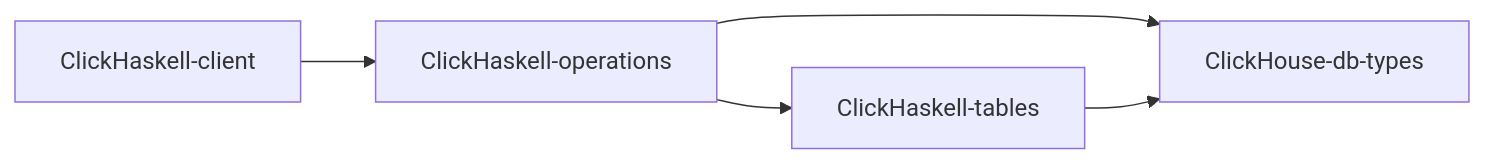
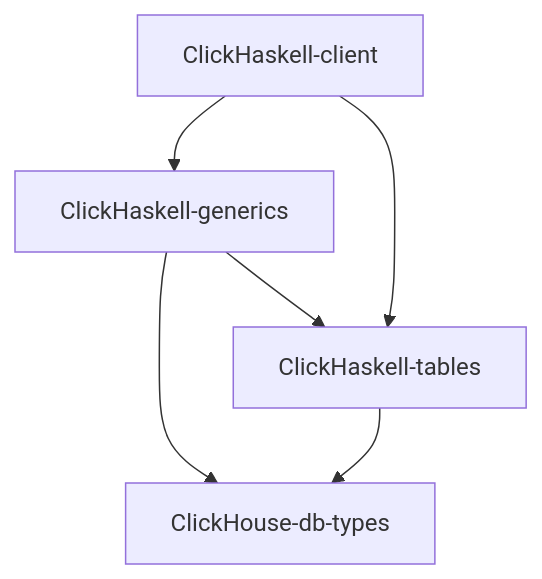
One commit to KovalevDima/ClickHaskell changed the diagram in README.md. Above: the diagram before and after it, drawn with Mermaid. The commit also changed other lines of this file and 18 other files, not shown here.

````diff
--- a/README.md
+++ b/README.md
@@ -5,7 +5,8 @@
 ```mermaid
-  graph LR;
-        ClickHaskell-client --> ClickHaskell-operations;
-        ClickHaskell-operations --> ClickHaskell-tables;
-        ClickHaskell-operations --> ClickHouse-db-types;
+  graph TB;
+        ClickHaskell-client --> ClickHaskell-generics;
+        ClickHaskell-generics --> ClickHaskell-tables;
+        ClickHaskell-client --> ClickHaskell-tables;
+        ClickHaskell-generics --> ClickHouse-db-types;
         ClickHaskell-tables --> ClickHouse-db-types;
 ```
````
